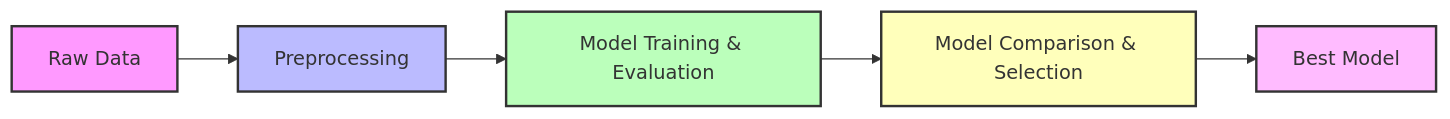
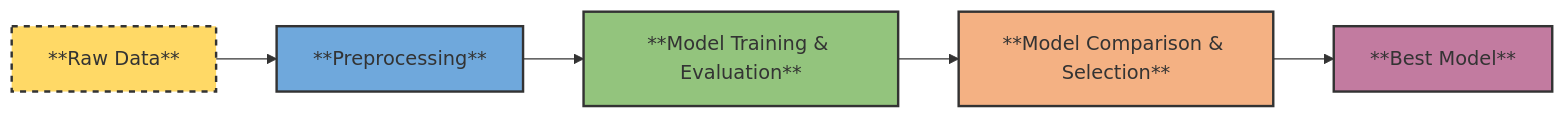
One commit to AbhishekTadaskar/Assignment_Classification_ML_Models changed the diagram in README.md. Above: the diagram before and after it, drawn with Mermaid.

````diff
--- a/README.md
+++ b/README.md
@@ -12,13 +12,14 @@
 ```mermaid
 flowchart LR
-    A[Raw Data] --> B[Preprocessing]
-    B --> C[Model Training & Evaluation]
-    C --> D[Model Comparison & Selection]
-    D --> E[Best Model]
+    A[**Raw Data**] --> B[**Preprocessing**]
+    B --> C[**Model Training & Evaluation**]
+    C --> D[**Model Comparison & Selection**]
+    D --> E[**Best Model**]
 
-    style A fill:#f9f,stroke:#333,stroke-width:2px
-    style B fill:#bbf,stroke:#333,stroke-width:2px
-    style C fill:#bfb,stroke:#333,stroke-width:2px
-    style D fill:#ffb,stroke:#333,stroke-width:2px
-    style E fill:#fbf,stroke:#333,stroke-width:2px
+    style A fill:#FFD966,stroke:#333,stroke-width:2px,stroke-dasharray: 5 5
+    style B fill:#6FA8DC,stroke:#333,stroke-width:2px
+    style C fill:#93C47D,stroke:#333,stroke-width:2px
+    style D fill:#F4B183,stroke:#333,stroke-width:2px
+    style E fill:#C27BA0,stroke:#333,stroke-width:2px
+
 ```
````
